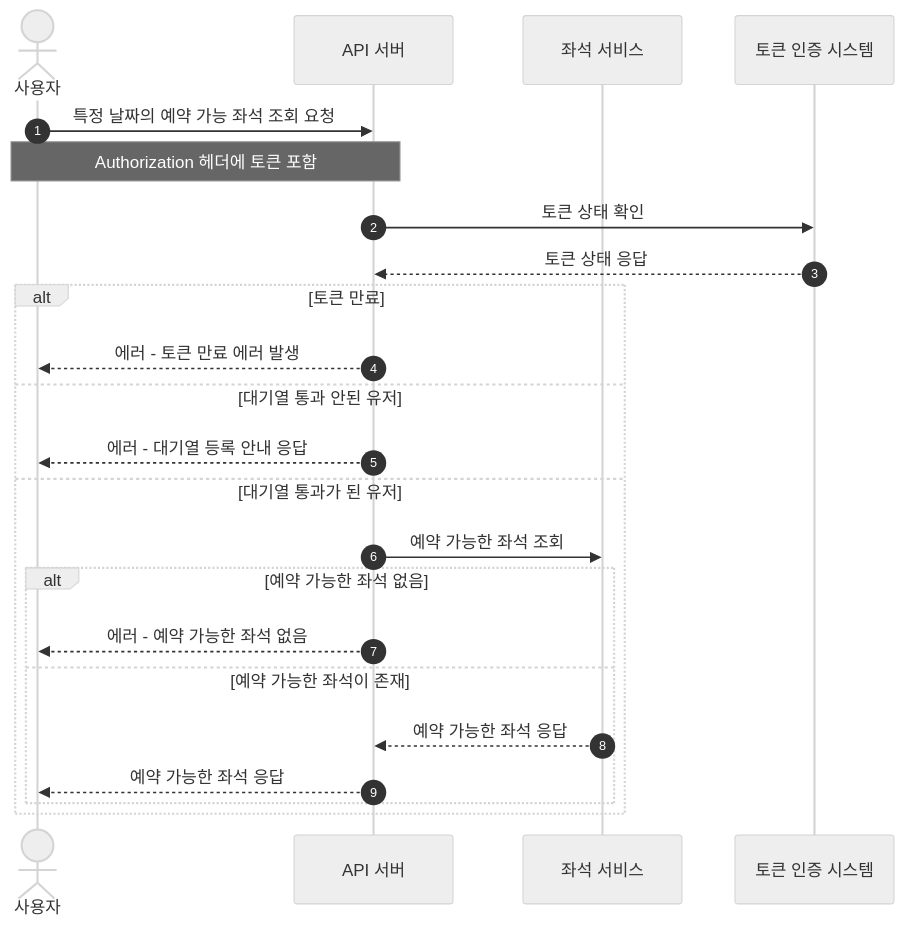
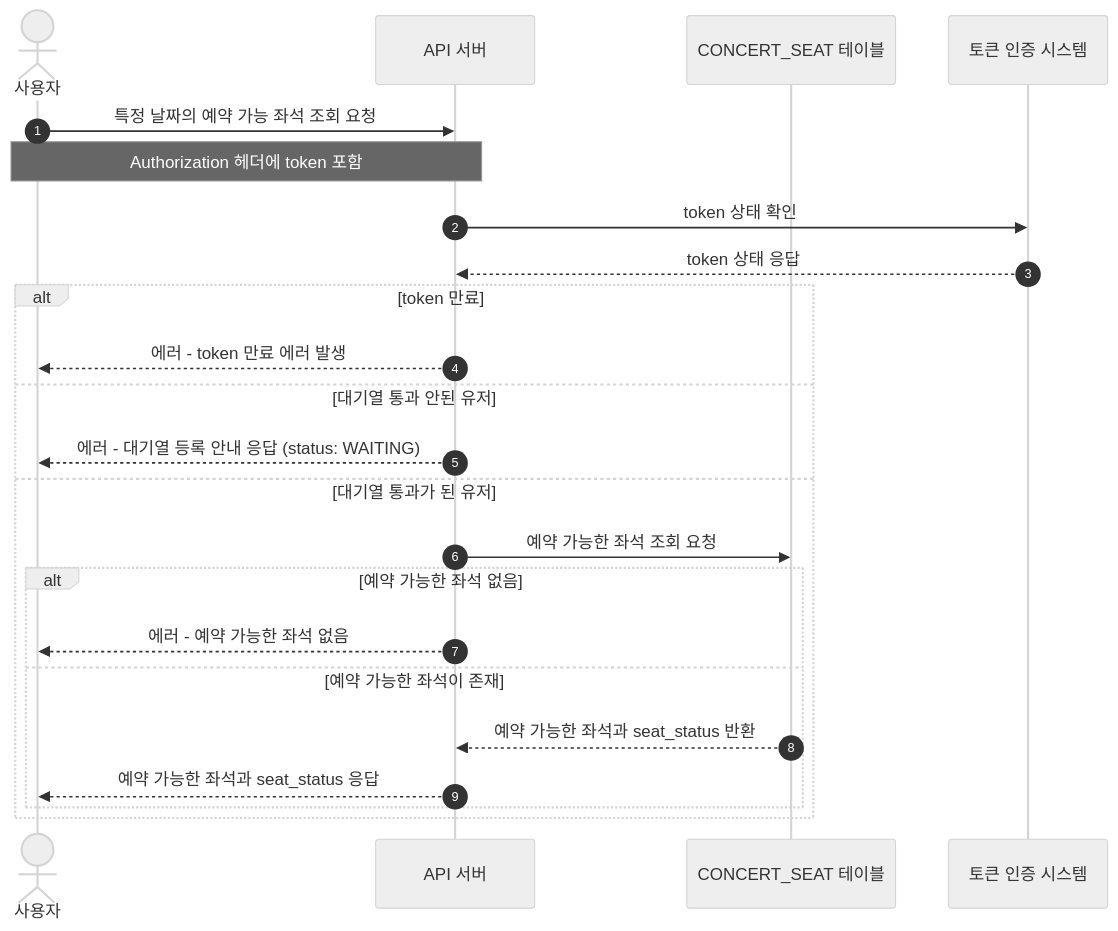
One commit to Cheondongmin/concert-java changed the third of 6 diagrams in docs/sequence.md. Above: the diagram before and after it, drawn with Mermaid (neutral theme). The commit also changed other lines of this file, not shown here.

Commit message:
fix: 시퀀스 다이어그램 추가 및 수정      erd 수정

````diff
--- a/docs/sequence.md
+++ b/docs/sequence.md
@@ -61,25 +67,25 @@
 ```mermaid
 sequenceDiagram
     autonumber
     actor 사용자 as 사용자
     participant API as API 서버
-    participant 좌석 as 좌석 서비스
-    participant 인증 as 토큰 인증 시스템
+    participant CONCERT_SEAT as CONCERT_SEAT 테이블
+    participant AUTH as 토큰 인증 시스템
     사용자 ->> API: 특정 날짜의 예약 가능 좌석 조회 요청
-    Note over 사용자, API: Authorization 헤더에 토큰 포함
-    API ->> 인증: 토큰 상태 확인
-    인증 -->> API: 토큰 상태 응답
-    alt 토큰 만료
-        API -->> 사용자: 에러 - 토큰 만료 에러 발생
+    Note over 사용자, API: Authorization 헤더에 token 포함
+    API ->> AUTH: token 상태 확인
+    AUTH -->> API: token 상태 응답
+    alt token 만료
+        API -->> 사용자: 에러 - token 만료 에러 발생
     else 대기열 통과 안된 유저
-        API -->> 사용자: 에러 - 대기열 등록 안내 응답
+        API -->> 사용자: 에러 - 대기열 등록 안내 응답 (status: WAITING)
     else 대기열 통과가 된 유저
-        API ->> 좌석: 예약 가능한 좌석 조회
+        API ->> CONCERT_SEAT: 예약 가능한 좌석 조회 요청
         alt 예약 가능한 좌석 없음
             API -->> 사용자: 에러 - 예약 가능한 좌석 없음
         else 예약 가능한 좌석이 존재
-            좌석 -->> API: 예약 가능한 좌석 응답
-            API -->> 사용자: 예약 가능한 좌석 응답
+            CONCERT_SEAT -->> API: 예약 가능한 좌석과 seat_status 반환
+            API -->> 사용자: 예약 가능한 좌석과 seat_status 응답
         end
     end
 ```
````
